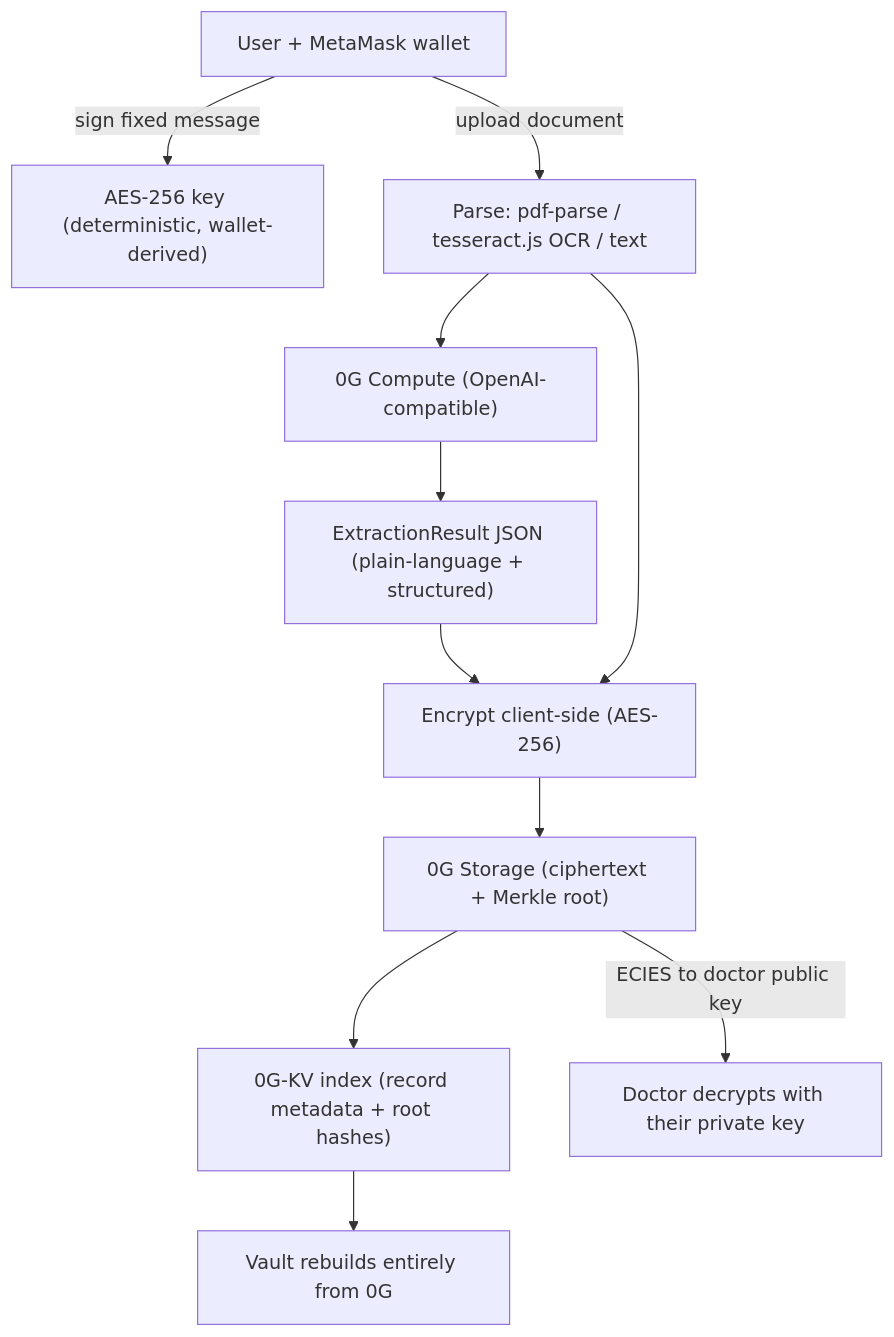
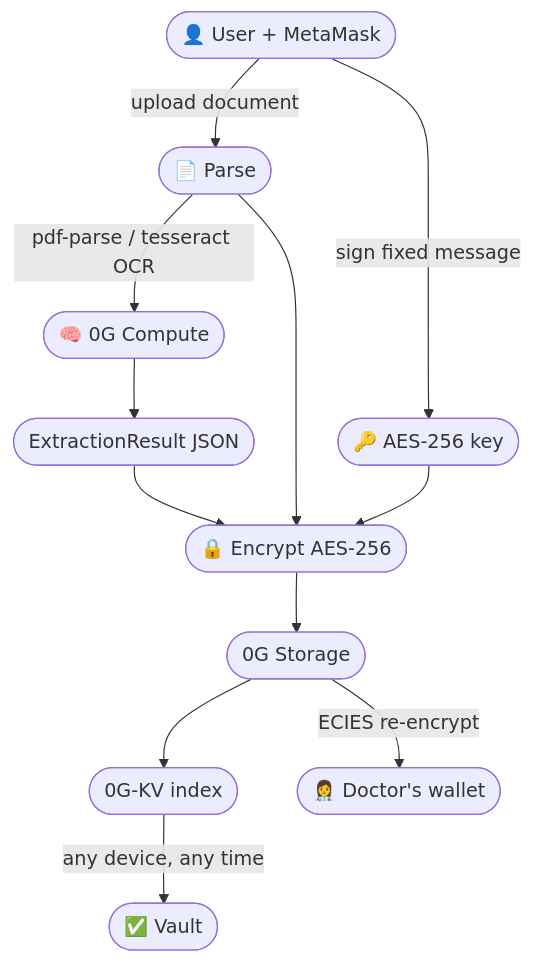
Before and after one commit to salch-cred/medivault: the diagram in README.md, drawn with Mermaid. The commit also changed other lines of this file, not shown here.

````diff
--- a/README.md
+++ b/README.md
@@ -56,13 +117,14 @@
 ```mermaid
 flowchart TD
-  U["User + MetaMask wallet"] -->|"sign fixed message"| K["AES-256 key (deterministic, wallet-derived)"]
-  U -->|"upload document"| P["Parse: pdf-parse / tesseract.js OCR / text"]
-  P --> AI["0G Compute (OpenAI-compatible)"]
-  AI --> EX["ExtractionResult JSON (plain-language + structured)"]
-  EX --> ENC["Encrypt client-side (AES-256)"]
+  U(["👤 User + MetaMask"]) -->|"sign fixed message"| K(["🔑 AES-256 key"])
+  U -->|"upload document"| P(["📄 Parse"])
+  P -->|"pdf-parse / tesseract OCR"| AI(["🧠 0G Compute"])
+  AI --> EX(["ExtractionResult JSON"])
+  EX --> ENC(["🔒 Encrypt AES-256"])
   P --> ENC
-  ENC --> S["0G Storage (ciphertext + Merkle root)"]
-  S --> IDX["0G-KV index (record metadata + root hashes)"]
-  IDX --> V["Vault rebuilds entirely from 0G"]
-  S -->|"ECIES to doctor public key"| D["Doctor decrypts with their private key"]
+  K --> ENC
+  ENC --> S(["0G Storage"])
+  S --> IDX(["0G-KV index"])
+  IDX -->|"any device, any time"| V(["✅ Vault"])
+  S -->|"ECIES re-encrypt"| D(["👩‍⚕️ Doctor's wallet"])
 ```
````
